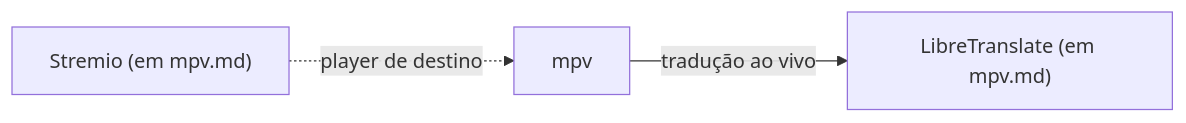
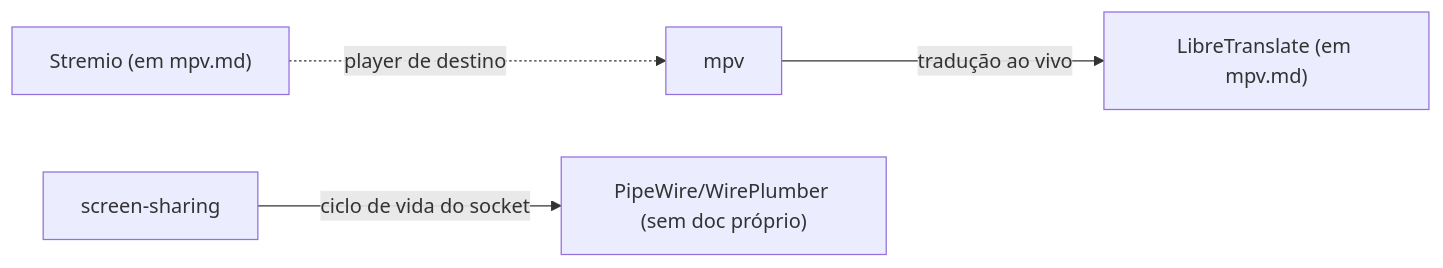
Before and after one commit to aliceComH/nixos: the diagram in .agents/knowledge/_index.md, drawn with Mermaid. The commit also changed other lines of this file and 2 other files, not shown here.

Commit message:
feat: add screen-sharing documentation and fix for xdg-desktop-portal lifecycle

````diff
--- a/.agents/knowledge/_index.md
+++ b/.agents/knowledge/_index.md
@@ -22,9 +23,12 @@
 ```mermaid
 graph LR
     mpv["mpv"]
     libretranslate["LibreTranslate (em mpv.md)"]
     stremio["Stremio (em mpv.md)"]
+    screenSharing["screen-sharing"]
+    pipewire["PipeWire/WirePlumber (sem doc próprio)"]
 
     mpv -->|"tradução ao vivo"| libretranslate
     stremio -.->|"player de destino"| mpv
+    screenSharing -->|"ciclo de vida do socket"| pipewire
 ```
````
